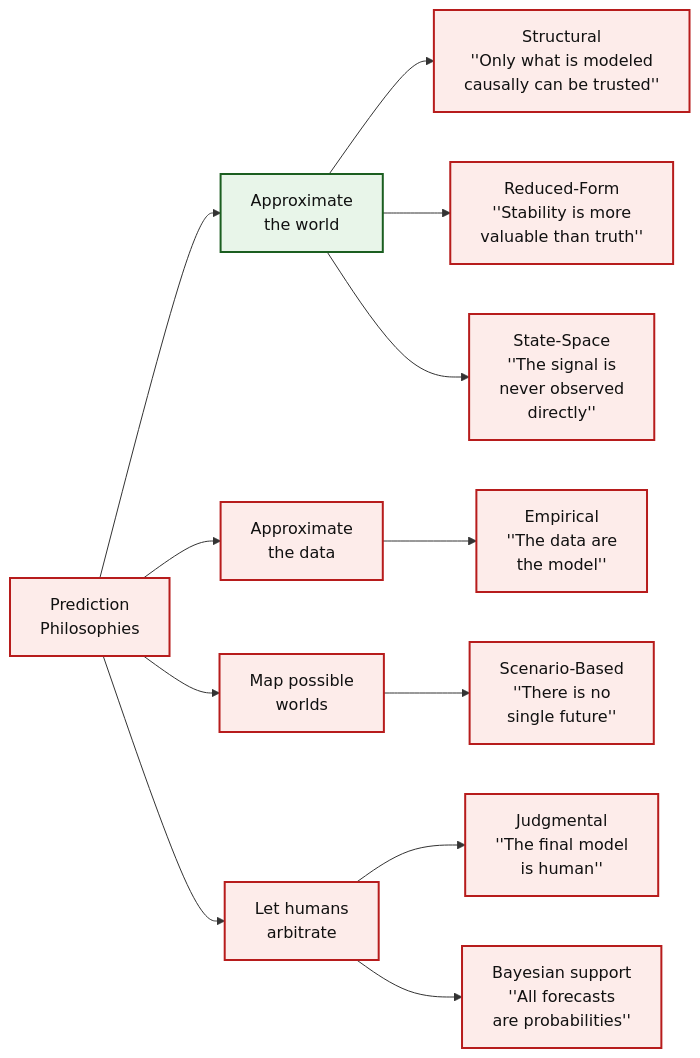
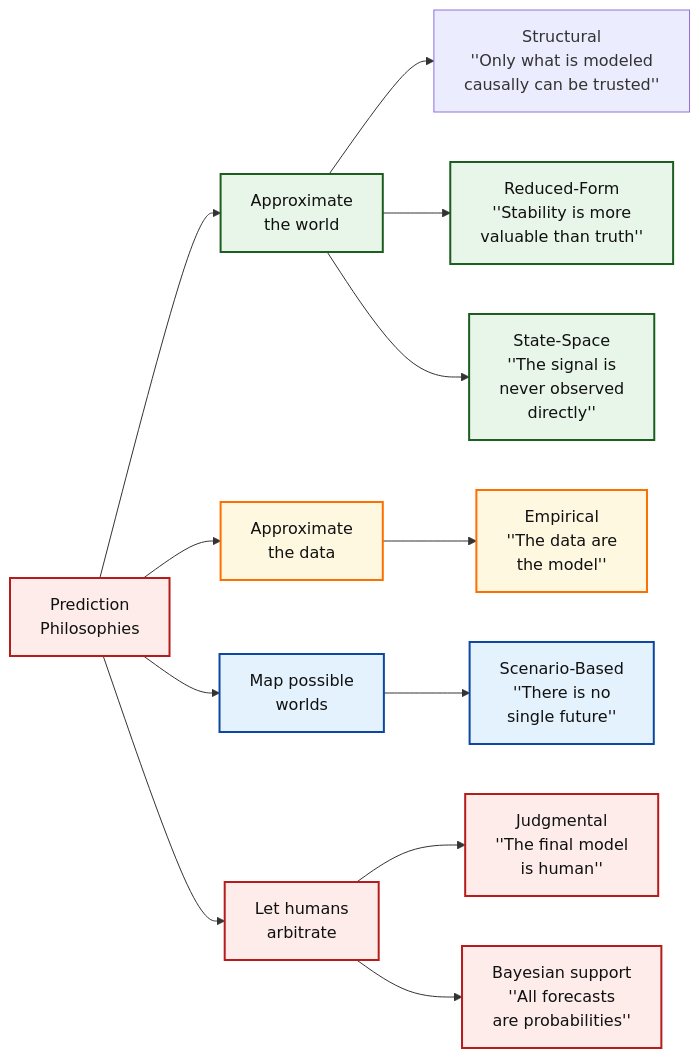
Before and after one commit to Tellusant/docs: the diagram in articles-posts/predictive-model-evaluation-framework.md, drawn with Mermaid.

```diff
--- a/articles-posts/predictive-model-evaluation-framework.md
+++ b/articles-posts/predictive-model-evaluation-framework.md
@@ -26,42 +26,42 @@
 <div class="mermaid">
 
 flowchart LR
 
 %% ========= NODES =========
 P["Prediction<br/>Philosophies"]:::risk
 
 AW["Approximate<br/>the world"]:::strong
-AD["Approximate<br/>the data"]:::risk
-PW["Map possible<br/>worlds"]:::risk
+AD["Approximate<br/>the data"]:::mixed
+PW["Map possible<br/>worlds"]:::neutral
 HA["Let humans<br/>arbitrate"]:::risk
 
-EMP["Empirical<br/>''The data are<br/>the model''"]:::risk
-STR["Structural<br/>''Only what is modeled<br/>causally can be trusted''"]:::risk
-RED["Reduced-Form<br/>''Stability is more<br/>valuable than truth''"]:::risk
-STA["State-Space<br/>''The signal is<br/>never observed<br/>directly''"]:::risk
-SCE["Scenario-Based<br/>''There is no<br/>single future''"]:::risk
+EMP["Empirical<br/>''The data are<br/>the model''"]:::mixed
+STR["Structural<br/>''Only what is modeled<br/>causally can be trusted''"]:::srong
+RED["Reduced-Form<br/>''Stability is more<br/>valuable than truth''"]:::strong
+STA["State-Space<br/>''The signal is<br/>never observed<br/>directly''"]:::strong
+SCE["Scenario-Based<br/>''There is no<br/>single future''"]:::neutral
 JUD["Judgmental<br/>''The final model<br/>is human''"]:::risk
 BAY["Bayesian support<br/>''All forecasts<br/>are probabilities''"]:::risk
 
 %% ========= RELATIONSHIPS =========
 P --> AW
 P --> AD
 P --> PW
 P --> HA
 AW --> STR
 AW --> RED
 AW --> STA
 AD --> EMP
 PW --> SCE
 HA --> JUD
 HA --> BAY
 
 %% ========= STYLES =========
 classDef strong  fill:#E8F5E9,stroke:#1B5E20,stroke-width:2px,color:#111;
 classDef neutral fill:#E3F2FD,stroke:#0D47A1,stroke-width:2px,color:#111;
 classDef mixed   fill:#FFF8E1,stroke:#FF6F00,stroke-width:2px,color:#111;
 classDef risk    fill:#FDECEA,stroke:#B71C1C,stroke-width:2px,color:#111;
 classDef summary fill:#F5F5F5,stroke:#424242,stroke-width:2px,color:#111;
 classDef anchor fill:transparent,stroke:transparent;
 
 </div>
```
